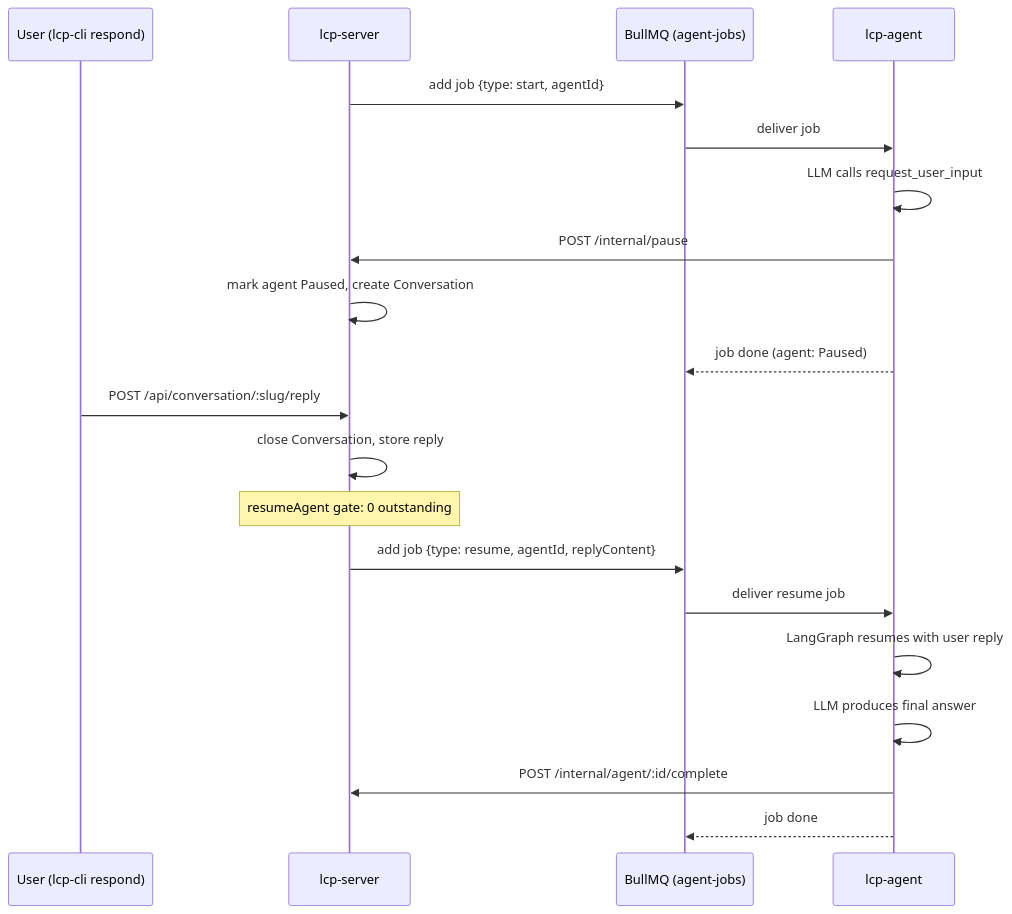
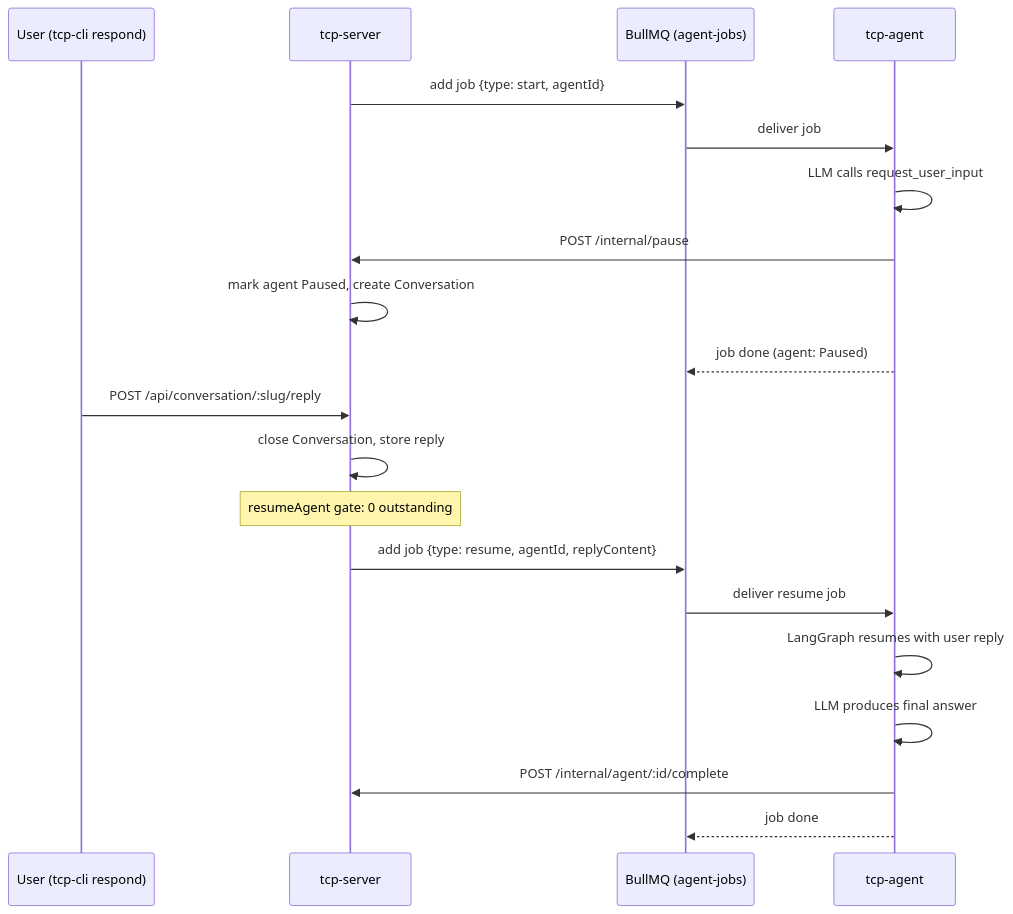
Before and after one commit to instantiator/tcp-server: the fourth of 4 diagrams in docs/queue.md, drawn with Mermaid. The commit also changed other lines of this file and 1129 other files, not shown here.

````diff
--- a/docs/queue.md
+++ b/docs/queue.md
@@ -147,25 +146,25 @@
 ```mermaid
 sequenceDiagram
-    participant User as User (lcp-cli respond)
-    participant S as lcp-server
+    participant User as User (tcp-cli respond)
+    participant S as tcp-server
     participant Q as BullMQ (agent-jobs)
-    participant A as lcp-agent
+    participant A as tcp-agent
 
     S->>Q: add job {type: start, agentId}
     Q->>A: deliver job
     A->>A: LLM calls request_user_input
     A->>S: POST /internal/pause
     S->>S: mark agent Paused, create Conversation
     A-->>Q: job done (agent: Paused)
 
     User->>S: POST /api/conversation/:slug/reply
     S->>S: close Conversation, store reply
     Note over S: resumeAgent gate: 0 outstanding
     S->>Q: add job {type: resume, agentId, replyContent}
 
     Q->>A: deliver resume job
     A->>A: LangGraph resumes with user reply
     A->>A: LLM produces final answer
     A->>S: POST /internal/agent/:id/complete
     A-->>Q: job done
 ```
````
